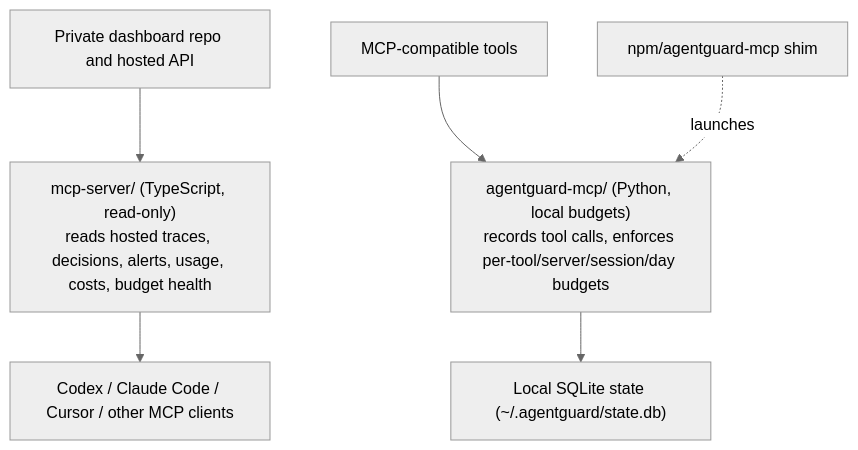
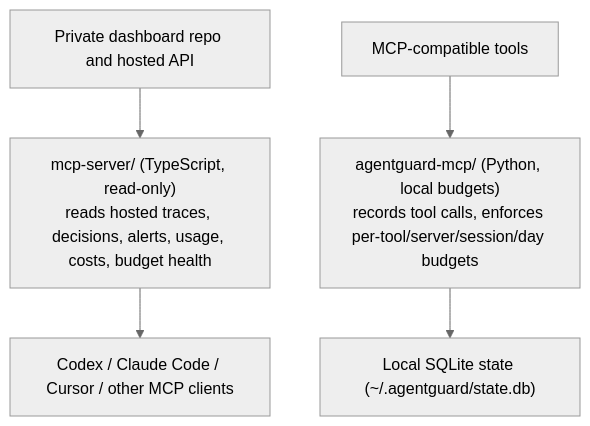
One commit to bmdhodl/agent47 changed the second of 2 diagrams in ARCHITECTURE.md. Above: the diagram before and after it, drawn with Mermaid (neutral theme). The commit also changed other lines of this file and 20 other files, not shown here.

First line of the commit message:
agent: remove dead MCP shim and tighten adoption tests (#488)

````diff
--- a/ARCHITECTURE.md
+++ b/ARCHITECTURE.md
@@ -62,8 +61,7 @@
 ```mermaid
 flowchart TD
     D["Private dashboard repo and hosted API"] --> M1["mcp-server/ (TypeScript, read-only)\nreads hosted traces, decisions, alerts, usage, costs, budget health"]
     M1 --> C1["Codex / Claude Code / Cursor / other MCP clients"]
     C2["MCP-compatible tools"] --> M2["agentguard-mcp/ (Python, local budgets)\nrecords tool calls, enforces per-tool/server/session/day budgets"]
     M2 --> SQL["Local SQLite state (~/.agentguard/state.db)"]
-    N["npm/agentguard-mcp shim"] -.launches.-> M2
 ```
````
